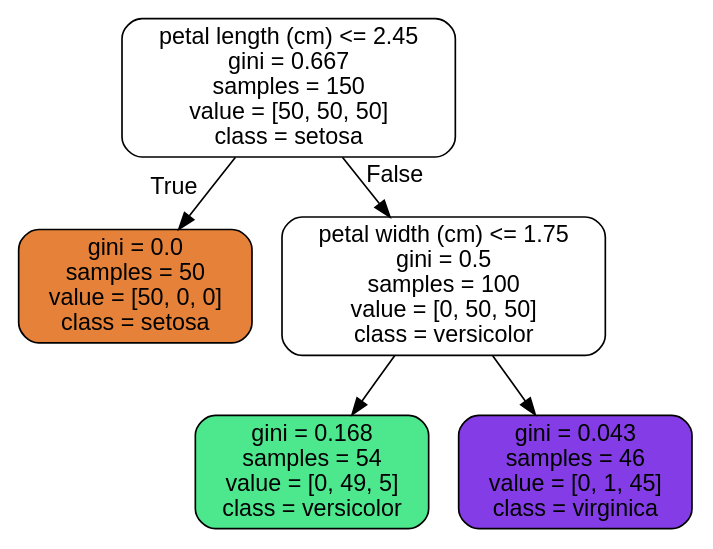
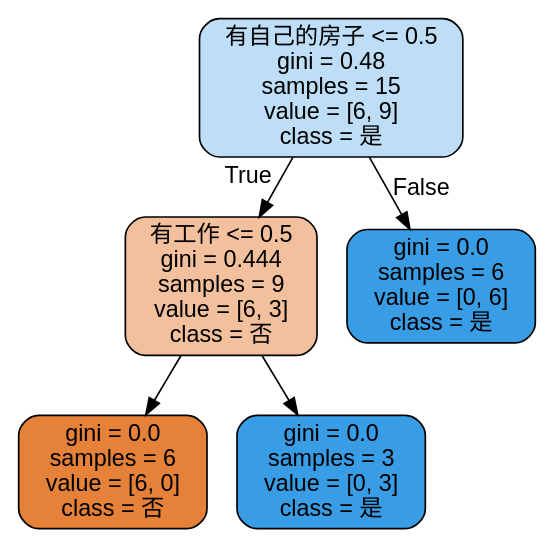
Before and after one commit to PythonBzyy/Machine-Learning: the diagram in My Machine Learning/06_DecisionTrees/iris_tree.dot, drawn with Graphviz. The commit also changed 20 other files, not shown here.

```diff
--- a/My Machine Learning/06_DecisionTrees/iris_tree.dot
+++ b/My Machine Learning/06_DecisionTrees/iris_tree.dot
@@ -1,13 +1,13 @@
 digraph Tree {
 node [shape=box, style="filled, rounded", color="black", fontname="helvetica"] ;
 edge [fontname="helvetica"] ;
-0 [label="petal length (cm) <= 2.45\ngini = 0.667\nsamples = 150\nvalue = [50, 50, 50]\nclass = setosa", fillcolor="#ffffff"] ;
-1 [label="gini = 0.0\nsamples = 50\nvalue = [50, 0, 0]\nclass = setosa", fillcolor="#e58139"] ;
+0 [label="有自己的房子 <= 0.5\ngini = 0.48\nsamples = 15\nvalue = [6, 9]\nclass = 是", fillcolor="#bddef6"] ;
+1 [label="有工作 <= 0.5\ngini = 0.444\nsamples = 9\nvalue = [6, 3]\nclass = 否", fillcolor="#f2c09c"] ;
 0 -> 1 [labeldistance=2.5, labelangle=45, headlabel="True"] ;
-2 [label="petal width (cm) <= 1.75\ngini = 0.5\nsamples = 100\nvalue = [0, 50, 50]\nclass = versicolor", fillcolor="#ffffff"] ;
-0 -> 2 [labeldistance=2.5, labelangle=-45, headlabel="False"] ;
-3 [label="gini = 0.168\nsamples = 54\nvalue = [0, 49, 5]\nclass = versicolor", fillcolor="#4de88e"] ;
-2 -> 3 ;
-4 [label="gini = 0.043\nsamples = 46\nvalue = [0, 1, 45]\nclass = virginica", fillcolor="#843de6"] ;
-2 -> 4 ;
+2 [label="gini = 0.0\nsamples = 6\nvalue = [6, 0]\nclass = 否", fillcolor="#e58139"] ;
+1 -> 2 ;
+3 [label="gini = 0.0\nsamples = 3\nvalue = [0, 3]\nclass = 是", fillcolor="#399de5"] ;
+1 -> 3 ;
+4 [label="gini = 0.0\nsamples = 6\nvalue = [0, 6]\nclass = 是", fillcolor="#399de5"] ;
+0 -> 4 [labeldistance=2.5, labelangle=-45, headlabel="False"] ;
 }
```
